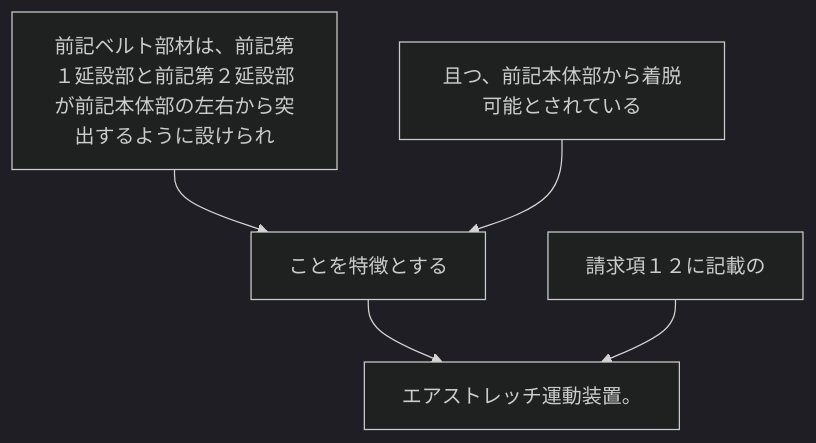
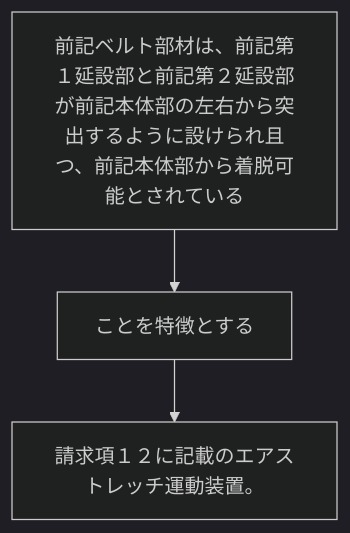
Before and after one commit to shinmori55/patent_analyzed: the diagram in 2024/JP2024021337A/claim_13/README.md, drawn with Mermaid (dark theme). The commit also changed 336 other files, not shown here.

````diff
--- a/2024/JP2024021337A/claim_13/README.md
+++ b/2024/JP2024021337A/claim_13/README.md
@@ -3,12 +3,8 @@
 ```mermaid
 flowchart TD
-A[前記ベルト部材は、前記第１延設部と前記第２延設部が前記本体部の左右から突出するように設けられ]
-B[且つ、前記本体部から着脱可能とされている]
-C[ことを特徴とする]
-D[請求項１２に記載の]
-E[エアストレッチ運動装置。]
-A --> C
+A[前記ベルト部材は、前記第１延設部と前記第２延設部が前記本体部の左右から突出するように設けられ且つ、前記本体部から着脱可能とされている]
+B[ことを特徴とする]
+C[請求項１２に記載のエアストレッチ運動装置。]
+A --> B
 B --> C
-C --> E
-D --> E
 ```
````
